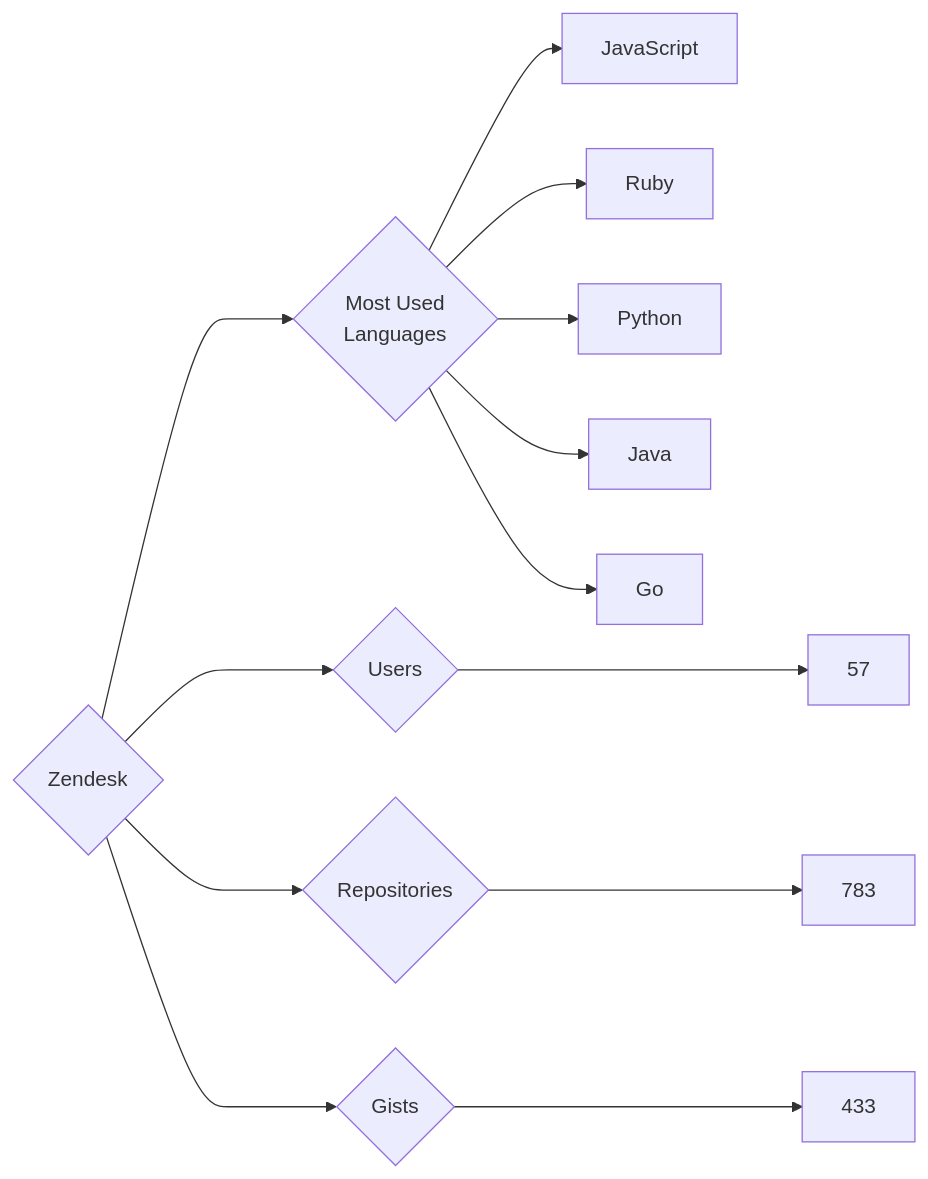
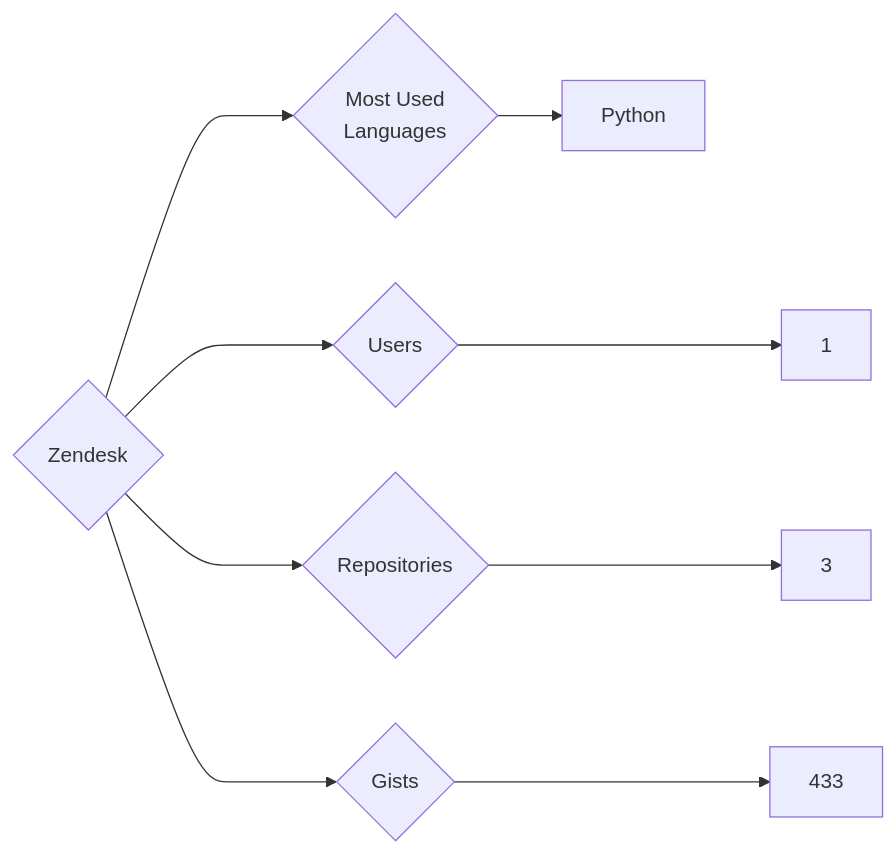
One commit to trickest/insiders changed the diagram in targets/Zendesk/README.md. Above: the diagram before and after it, drawn with Mermaid. The commit also changed 1496 other files, not shown here.

````diff
--- a/targets/Zendesk/README.md
+++ b/targets/Zendesk/README.md
@@ -3,13 +3,9 @@
 ```mermaid
 graph LR
 COMPANY_NAME{Zendesk}
-COMPANY_NAME ---> U{Users} ---> UN[57]
-COMPANY_NAME ---> R{Repositories} ---> RN[783]
+COMPANY_NAME ---> U{Users} ---> UN[1]
+COMPANY_NAME ---> R{Repositories} ---> RN[3]
 COMPANY_NAME ---> G{Gists} ---> GN[433]
 COMPANY_NAME ---> ML{Most Used<br>Languages}
-ML --> JavaScript[JavaScript]
-ML --> Ruby[Ruby]
 ML --> Python[Python]
-ML --> Java[Java]
-ML --> Go[Go]
 ```
````
